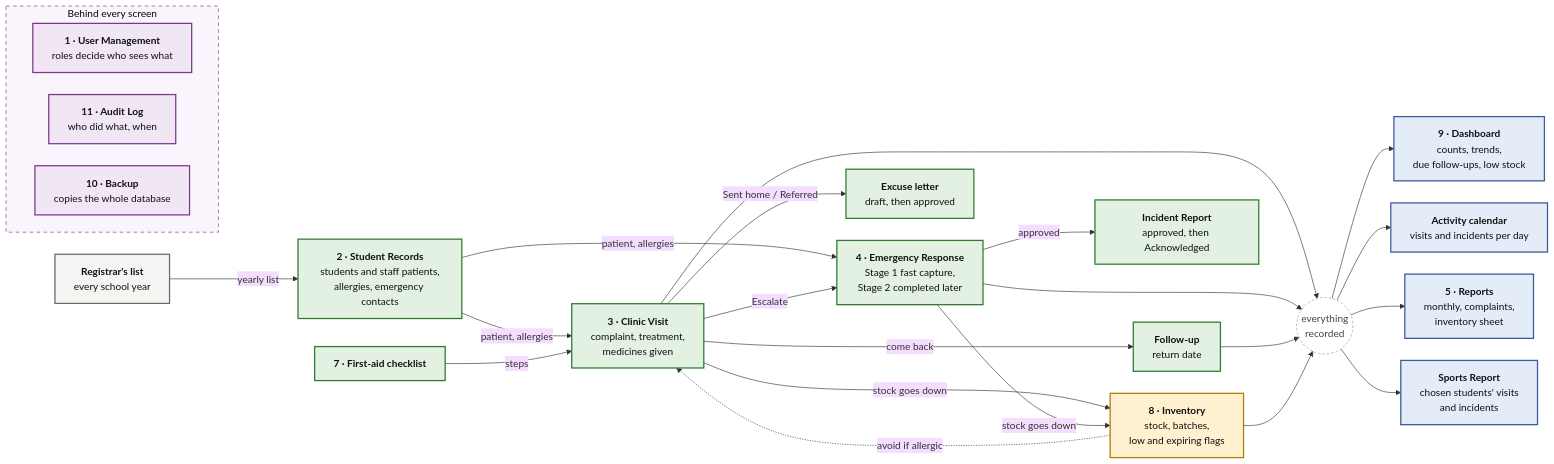
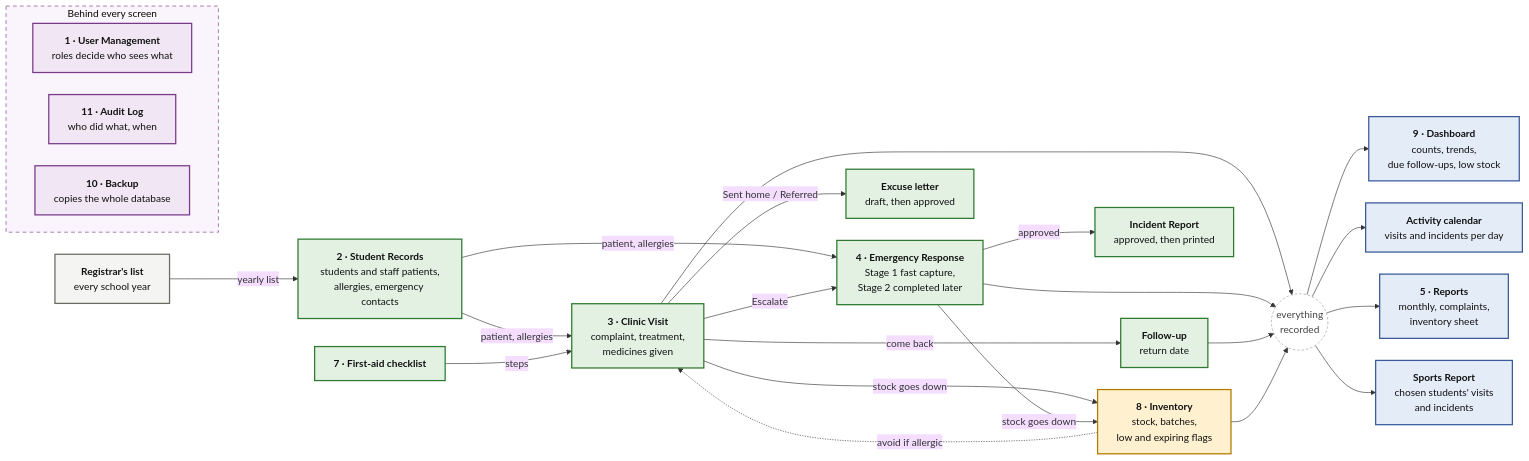
Before and after one commit to zekuuu/cliniq: the diagram in CLINIQ-Knowledge-Base/02-Architecture/Database/Module-Linkage-Diagram.md, drawn with Mermaid. The commit also changed other lines of this file and 17 other files, not shown here.

Commit message:
docs: remove Acknowledge from the requirements, design and diagrams

````diff
--- a/CLINIQ-Knowledge-Base/02-Architecture/Database/Module-Linkage-Diagram.md
+++ b/CLINIQ-Knowledge-Base/02-Architecture/Database/Module-Linkage-Diagram.md
@@ -9,59 +9,59 @@
 ```mermaid
 %%{init: {"theme": "base", "themeVariables": {"fontSize": "16px", "fontFamily": "Inter, Segoe UI, Arial, sans-serif", "lineColor": "#333"}, "flowchart": {"nodeSpacing": 35, "rankSpacing": 60, "curve": "basis", "htmlLabels": true}}}%%
 flowchart LR
     REG["<b>Registrar's list</b><br/>every school year"]
     SR["<b>2 · Student Records</b><br/>students and staff patients,<br/>allergies, emergency contacts"]
     FA["<b>7 · First-aid checklist</b>"]
     CV["<b>3 · Clinic Visit</b><br/>complaint, treatment,<br/>medicines given"]
     ER["<b>4 · Emergency Response</b><br/>Stage 1 fast capture,<br/>Stage 2 completed later"]
     EX["<b>Excuse letter</b><br/>draft, then approved"]
     FU["<b>Follow-up</b><br/>return date"]
-    IR["<b>Incident Report</b><br/>approved, then Acknowledged"]
+    IR["<b>Incident Report</b><br/>approved, then printed"]
     INV["<b>8 · Inventory</b><br/>stock, batches,<br/>low and expiring flags"]
     J(("everything<br/>recorded"))
     DASH["<b>9 · Dashboard</b><br/>counts, trends,<br/>due follow-ups, low stock"]
     CAL["<b>Activity calendar</b><br/>visits and incidents per day"]
     REP["<b>5 · Reports</b><br/>monthly, complaints,<br/>inventory sheet"]
     SPORT["<b>Sports Report</b><br/>chosen students' visits<br/>and incidents"]
 
     REG -->|"yearly list"| SR
     SR -->|"patient, allergies"| CV
     SR -->|"patient, allergies"| ER
     FA -->|"steps"| CV
     CV -->|"Escalate"| ER
     CV -->|"Sent home / Referred"| EX
     CV -->|"come back"| FU
     ER -->|"approved"| IR
     CV -->|"stock goes down"| INV
     ER -->|"stock goes down"| INV
     INV -.->|"avoid if allergic"| CV
     CV --> J
     ER --> J
     FU --> J
     INV --> J
     J --> DASH
     J --> CAL
     J --> REP
     J --> SPORT
 
     subgraph BEHIND["Behind every screen"]
         direction LR
         UM["<b>1 · User Management</b><br/>roles decide who sees what"]
         AUD["<b>11 · Audit Log</b><br/>who did what, when"]
         BK["<b>10 · Backup</b><br/>copies the whole database"]
     end
 
     classDef rec fill:#f4f4f2,stroke:#6b6b66,color:#111,stroke-width:2px
     classDef care fill:#e3f1e3,stroke:#2f7a2f,color:#111,stroke-width:2px
     classDef stock fill:#fff1cf,stroke:#b27a00,color:#111,stroke-width:2px
     classDef view fill:#e4ecf8,stroke:#3a5a9a,color:#111,stroke-width:2px
     classDef safe fill:#f0e6f4,stroke:#7a3a8a,color:#111,stroke-width:2px
     classDef hub fill:#ffffff,stroke:#999,color:#444,stroke-dasharray:4 3
     class REG rec
     class SR,FA,CV,ER,EX,FU,IR care
     class INV stock
     class CAL,SPORT,DASH,REP view
     class UM,AUD,BK safe
     class J hub
     style BEHIND fill:#faf5fc,stroke:#7a3a8a,stroke-dasharray:6 5
 ```
````
